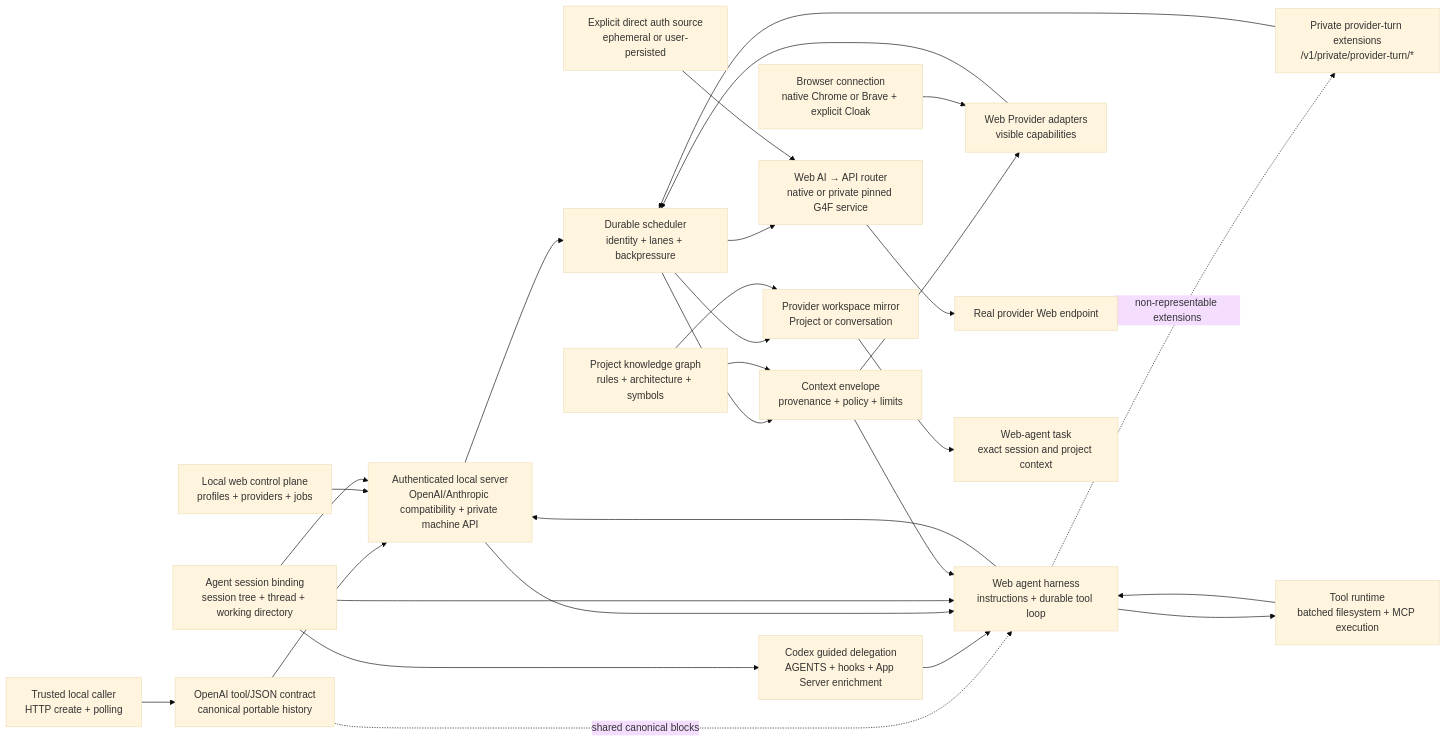
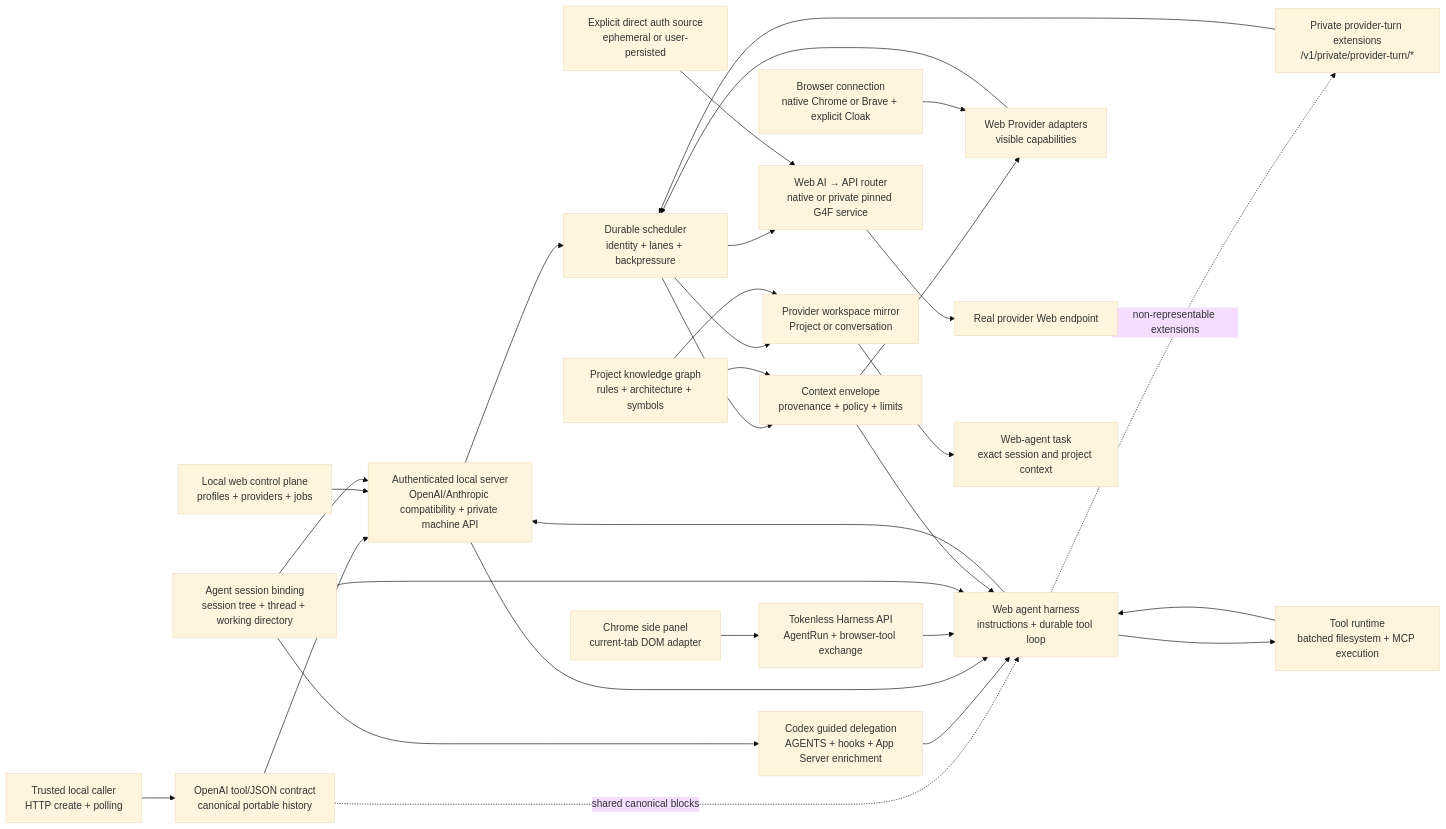
One commit to jazelly/tokenless changed the diagram in docs/roadmaps/README.md. Above: the diagram before and after it, drawn with Mermaid (base theme). The commit also changed other lines of this file and 6 other files, not shown here.

Commit message:
docs: clarify Tokenless Harness API terminology

````diff
--- a/docs/roadmaps/README.md
+++ b/docs/roadmaps/README.md
@@ -79,50 +80,54 @@
 ```mermaid
 flowchart LR
   Caller["Trusted local caller<br/>HTTP create + polling"]
   UI["Local web control plane<br/>profiles + providers + jobs"]
   Compat["OpenAI tool/JSON contract<br/>canonical portable history"]
   API["Authenticated local server<br/>OpenAI/Anthropic compatibility + private machine API"]
   Session["Agent session binding<br/>session tree + thread + working directory"]
   Codex["Codex guided delegation<br/>AGENTS + hooks + App Server enrichment"]
   Scheduler["Durable scheduler<br/>identity + lanes + backpressure"]
   Context["Context envelope<br/>provenance + policy + limits"]
   Harness["Web agent harness<br/>instructions + durable tool loop"]
+  HarnessAPI["Tokenless Harness API<br/>AgentRun + browser-tool exchange"]
+  Extension["Chrome side panel<br/>current-tab DOM adapter"]
   Private["Private provider-turn extensions<br/>/v1/private/provider-turn/*"]
   Tools["Tool runtime<br/>batched filesystem + MCP execution"]
   Graph["Project knowledge graph<br/>rules + architecture + symbols"]
   Browser["Browser connection<br/>native Chrome or Brave + explicit Cloak"]
   Provider["Web Provider adapters<br/>visible capabilities"]
   Auth["Explicit direct auth source<br/>ephemeral or user-persisted"]
   Direct["Web AI → API router<br/>native or private pinned G4F service"]
   Endpoint["Real provider Web endpoint"]
   Workspace["Provider workspace mirror<br/>Project or conversation"]
   Task["Web-agent task<br/>exact session and project context"]
 
   Caller --> Compat
   Compat --> API
   Compat -. shared canonical blocks .-> Harness
   UI --> API
   Session --> API
   Session --> Codex
   Codex --> Harness
   API --> Scheduler
   Scheduler --> Context
   Graph --> Context
   API --> Harness
+  Extension --> HarnessAPI
+  HarnessAPI --> Harness
   Session --> Harness
   Context --> Harness
   Harness --> API
   Harness -. non-representable extensions .-> Private
   Private --> Scheduler
   Harness --> Tools
   Tools --> Harness
   Context --> Provider
   Browser --> Provider
   Provider --> Scheduler
   Scheduler --> Direct
   Auth --> Direct
   Direct --> Endpoint
   Scheduler --> Workspace
   Graph --> Workspace
   Workspace --> Task
 ```
````
